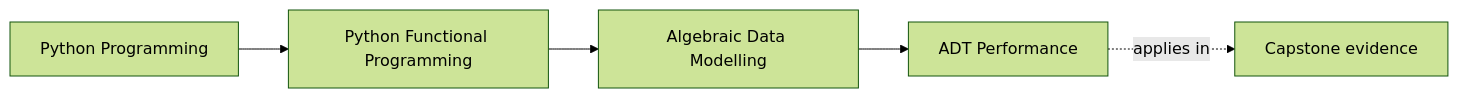
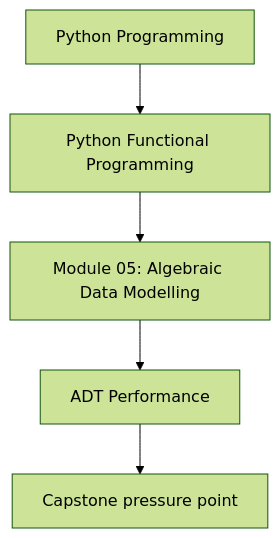
One commit to bijux/bijux-masterclass changed the first of 2 diagrams in programs/python-programming/python-functional-programming/course-book/module-05-algebraic-data-modelling/adt-performance.md. Above: the diagram before and after it, drawn with Mermaid (forest theme). The commit also changed other lines of this file and 118 other files, not shown here.

Commit message:
docs(python-functional-programming): align concept page diagrams

````diff
--- a/programs/python-programming/python-functional-programming/course-book/module-05-algebraic-data-modelling/adt-performance.md
+++ b/programs/python-programming/python-functional-programming/course-book/module-05-algebraic-data-modelling/adt-performance.md
@@ -7,11 +7,7 @@
 ```mermaid
-graph LR
-  family["Python Programming"]
-  program["Python Functional Programming"]
-  section["Algebraic Data Modelling"]
-  page["ADT Performance"]
-  capstone["Capstone evidence"]
-
-  family --> program --> section --> page
-  page -.applies in.-> capstone
+flowchart TD
+  family["Python Programming"] --> program["Python Functional Programming"]
+  program --> module["Module 05: Algebraic Data Modelling"]
+  module --> concept["ADT Performance"]
+  concept --> capstone["Capstone pressure point"]
 ```
````
